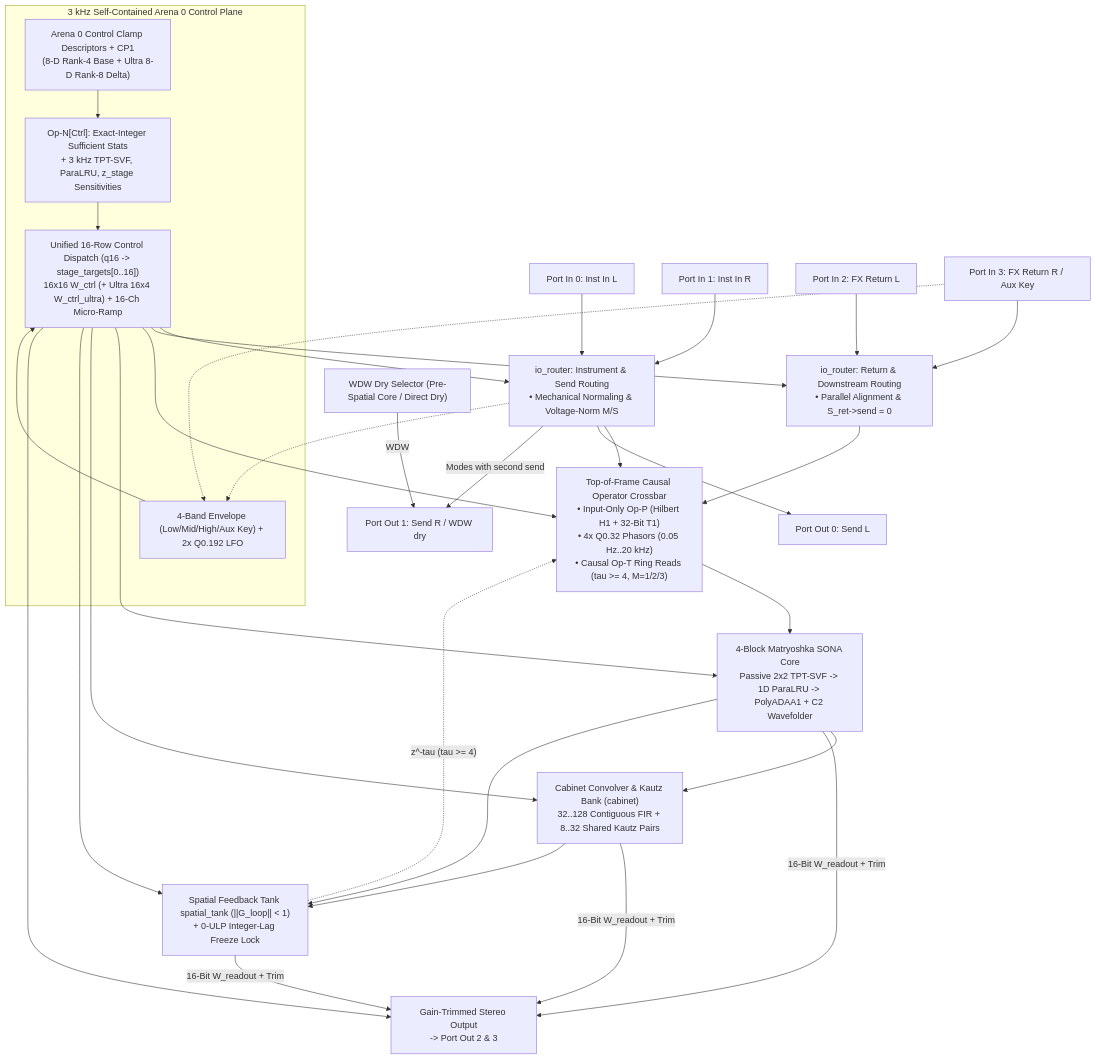
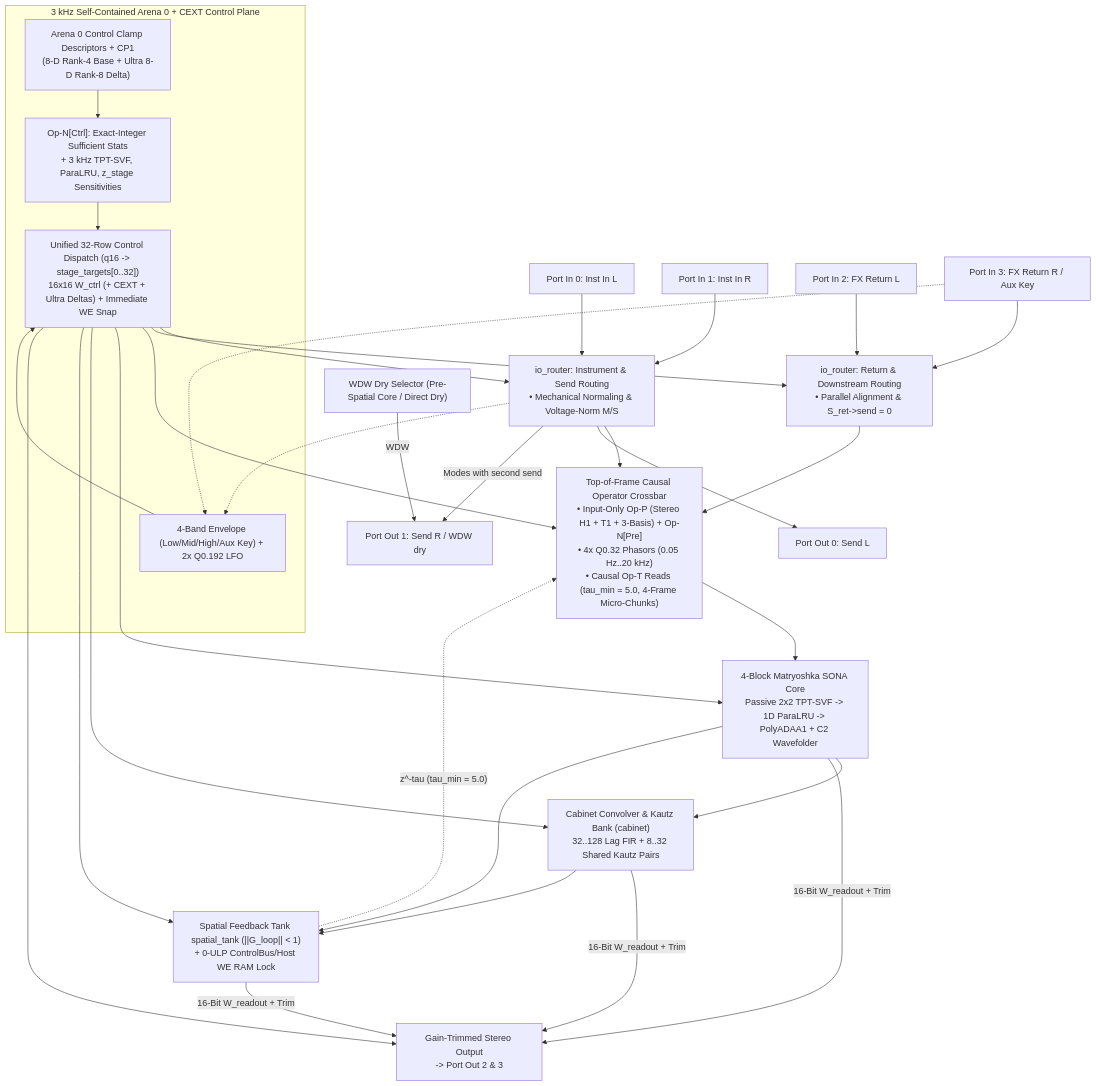
The fourth of 7 diagrams in docs/specs/architecture/sona_architecture.md (mokugen/dnam), drawn with Mermaid before and after one commit. The commit also changed other lines of this file and 34 other files, not shown here.

Commit message:
docs(sona): lock 5-crate diamond, .dnam-bin VM format & clean-room M5 specs

````diff
--- a/docs/specs/architecture/sona_architecture.md
+++ b/docs/specs/architecture/sona_architecture.md
@@ -486,26 +489,26 @@
 ```mermaid
 flowchart TD
-    subgraph ControlBusGroup ["3 kHz Self-Contained Arena 0 Control Plane"]
+    subgraph ControlBusGroup ["3 kHz Self-Contained Arena 0 + CEXT Control Plane"]
         CtrlSrc["Arena 0 Control Clamp Descriptors + CP1<br/>(8-D Rank-4 Base + Ultra 8-D Rank-8 Delta)"] --> OpN["Op-N[Ctrl]: Exact-Integer Sufficient Stats<br/>+ 3 kHz TPT-SVF, ParaLRU, z_stage Sensitivities"]
-        EnvLfo["4-Band Envelope (Low/Mid/High/Aux Key) + 2x Q0.192 LFO"] --> CtrlDispatch["Unified 16-Row Control Dispatch (q16 -> stage_targets[0..16])<br/>16x16 W_ctrl (+ Ultra 16x4 W_ctrl_ultra) + 16-Ch Micro-Ramp"]
+        EnvLfo["4-Band Envelope (Low/Mid/High/Aux Key) + 2x Q0.192 LFO"] --> CtrlDispatch["Unified 32-Row Control Dispatch (q16 -> stage_targets[0..32])<br/>16x16 W_ctrl (+ CEXT + Ultra Deltas) + Immediate WE Snap"]
         OpN --> CtrlDispatch
     end
 
     In0["Port In 0: Inst In L"] & In1["Port In 1: Inst In R"] --> PreRouter["io_router: Instrument & Send Routing<br/>• Mechanical Normaling & Voltage-Norm M/S"]
     In2["Port In 2: FX Return L"] & In3["Port In 3: FX Return R / Aux Key"] --> DownRouter["io_router: Return & Downstream Routing<br/>• Parallel Alignment & S_ret->send = 0"]
     PreRouter & In3 -.-> EnvLfo
 
-    PreRouter --> Crossbar["Top-of-Frame Causal Operator Crossbar<br/>• Input-Only Op-P (Hilbert H1 + 32-Bit T1)<br/>• 4x Q0.32 Phasors (0.05 Hz..20 kHz)<br/>• Causal Op-T Ring Reads (tau >= 4, M=1/2/3)"]
+    PreRouter --> Crossbar["Top-of-Frame Causal Operator Crossbar<br/>• Input-Only Op-P (Stereo H1 + T1 + 3-Basis) + Op-N[Pre]<br/>• 4x Q0.32 Phasors (0.05 Hz..20 kHz)<br/>• Causal Op-T Reads (tau_min = 5.0, 4-Frame Micro-Chunks)"]
     PreRouter --> Out0["Port Out 0: Send L"]
     PreRouter -->|"Modes with second send"| Out1["Port Out 1: Send R / WDW dry"]
     DryTap["WDW Dry Selector (Pre-Spatial Core / Direct Dry)"] -->|"WDW"| Out1
     DownRouter --> Crossbar
 
     Crossbar --> SonaCore["4-Block Matryoshka SONA Core<br/>Passive 2x2 TPT-SVF -> 1D ParaLRU -> PolyADAA1 + C2 Wavefolder"]
-    SonaCore --> Cabinet["Cabinet Convolver & Kautz Bank (cabinet)<br/>32..128 Contiguous FIR + 8..32 Shared Kautz Pairs"]
+    SonaCore --> Cabinet["Cabinet Convolver & Kautz Bank (cabinet)<br/>32..128 Lag FIR + 8..32 Shared Kautz Pairs"]
     SonaCore & Cabinet & LoopFB -->|"16-Bit W_readout + Trim"| MixOut["Gain-Trimmed Stereo Output<br/>-> Port Out 2 & 3"]
-    SonaCore & Cabinet --> LoopFB["Spatial Feedback Tank spatial_tank (||G_loop|| < 1)<br/>+ 0-ULP Integer-Lag Freeze Lock"]
-    LoopFB -. "z^-tau (tau >= 4)" .-> Crossbar
+    SonaCore & Cabinet --> LoopFB["Spatial Feedback Tank spatial_tank (||G_loop|| < 1)<br/>+ 0-ULP ControlBus/Host WE RAM Lock"]
+    LoopFB -. "z^-tau (tau_min = 5.0)" .-> Crossbar
 
     CtrlDispatch --> PreRouter & DownRouter & Crossbar & SonaCore & Cabinet & LoopFB & MixOut
 ```
````
